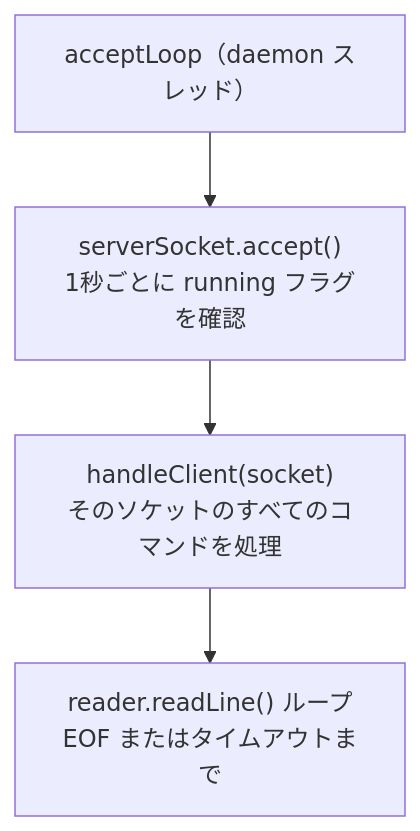
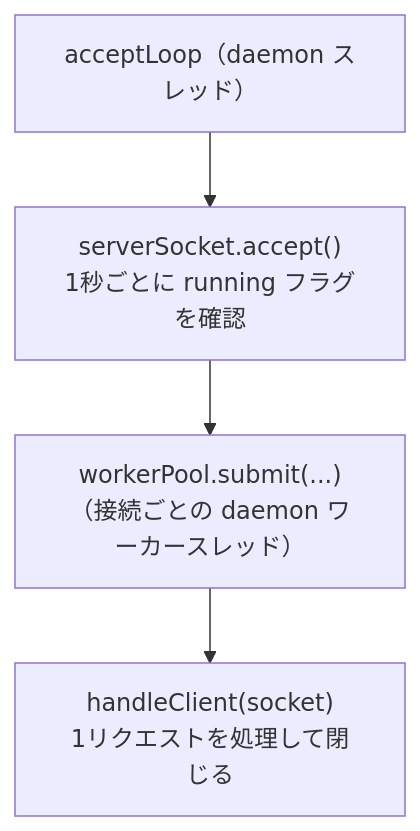
Before and after one commit to opaopa6969/syslenz4j: the second of 3 diagrams in docs/architecture-ja.md, drawn with Mermaid. The commit also changed other lines of this file and 5 other files, not shown here.

````diff
--- a/docs/architecture-ja.md
+++ b/docs/architecture-ja.md
@@ -108,8 +109,8 @@
 ```mermaid
 flowchart TB
     AL["acceptLoop（daemon スレッド）"]
     Accept["serverSocket.accept()<br/>1秒ごとに running フラグを確認"]
-    Handle["handleClient(socket)<br/>そのソケットのすべてのコマンドを処理"]
-    Read["reader.readLine() ループ<br/>EOF またはタイムアウトまで"]
-    AL --> Accept --> Handle --> Read
+    Submit["workerPool.submit(...)<br/>（接続ごとの daemon ワーカースレッド）"]
+    Handle["handleClient(socket)<br/>1リクエストを処理して閉じる"]
+    AL --> Accept --> Submit --> Handle
 ```
````
